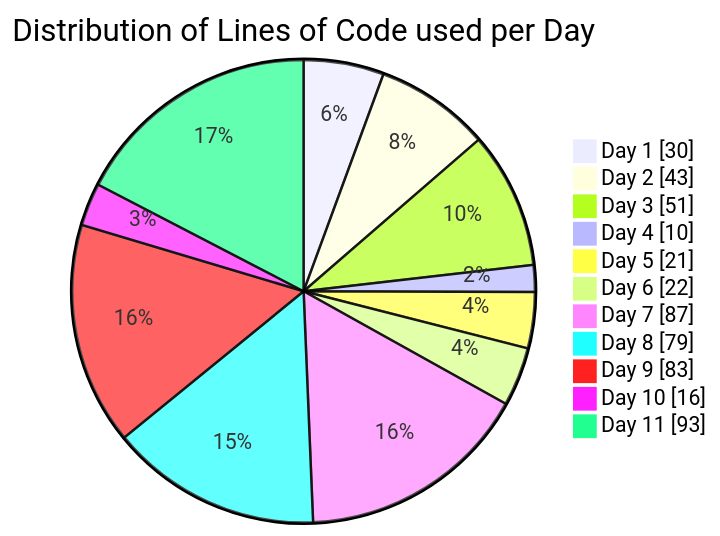
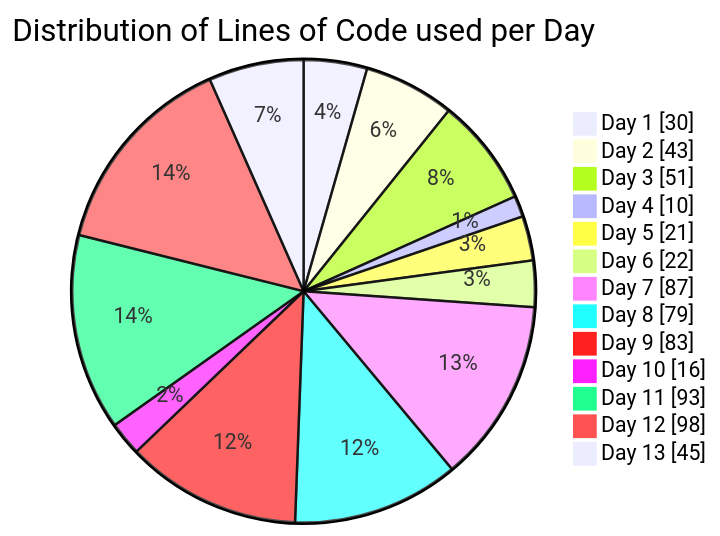
One commit to Miltant/Advent_Of_Code_2022 changed the diagram in README.md. Above: the diagram before and after it, drawn with Mermaid.

Commit message:
Update graph days 12/13

````diff
--- a/README.md
+++ b/README.md
@@ -5,14 +5,16 @@
 ```mermaid
 pie showData title Distribution of Lines of Code used per Day
          "Day 1" : 30
          "Day 2" : 43
          "Day 3" : 51
          "Day 4" : 10
          "Day 5" : 21
          "Day 6" : 22
          "Day 7" : 87
          "Day 8" : 79
          "Day 9" : 83
          "Day 10" : 16
          "Day 11" : 93
+         "Day 12" : 98
+         "Day 13" : 45
 ```
````
